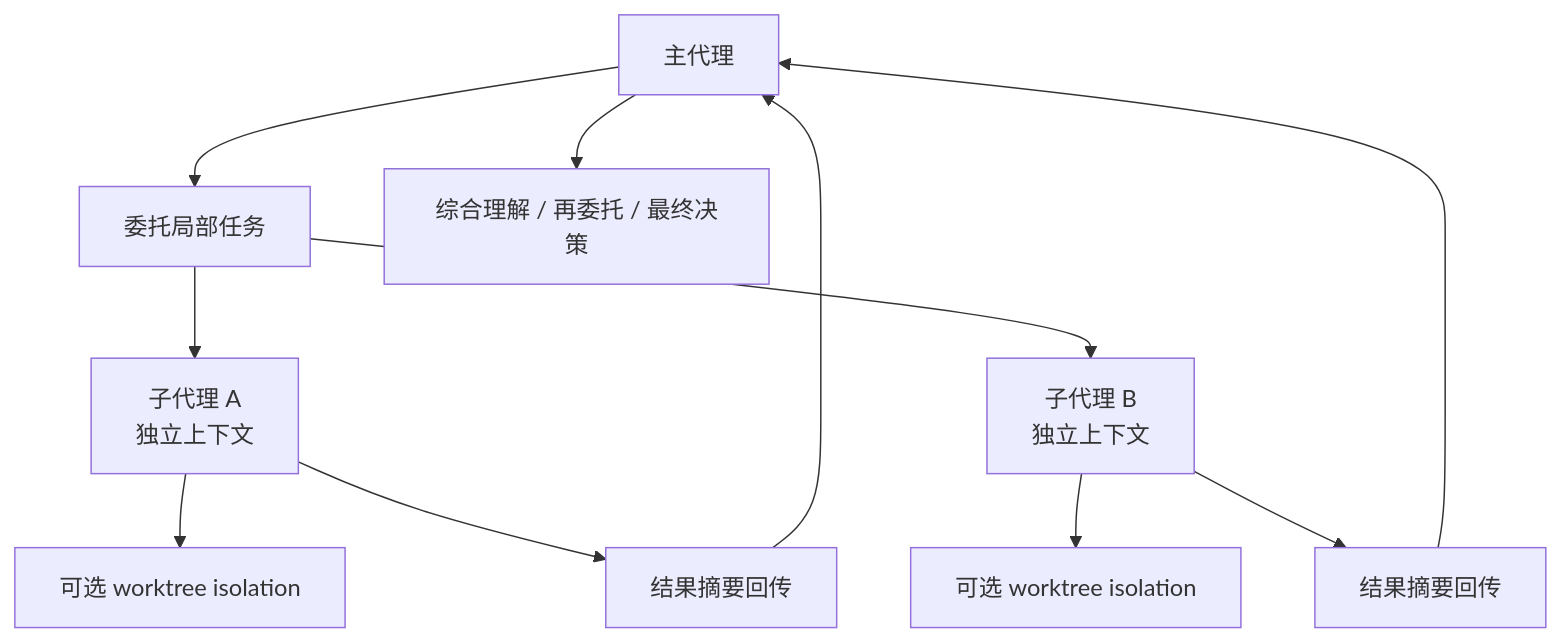
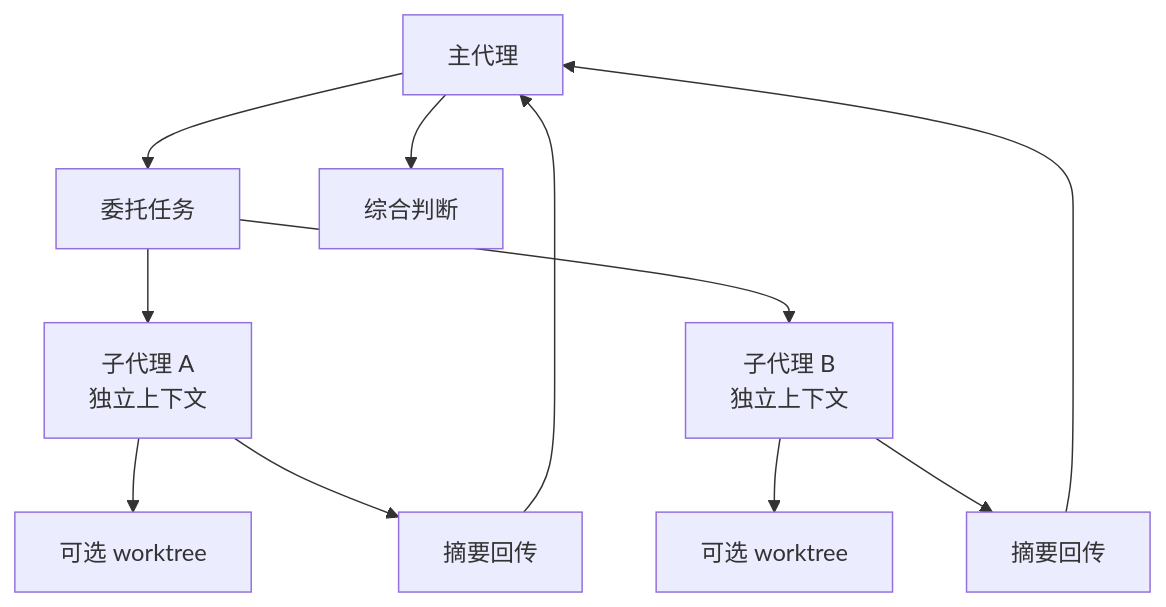
The diagram in claude-code-architecture/26-subagents-parallel-exploration-and-isolation.md (betaHi/betaHi.github.io), drawn with Mermaid before and after one commit. The commit also changed other lines of this file and 33 other files, not shown here.

Commit message:
Polish Claude Code architecture book titles and navigation.

````diff
--- a/claude-code-architecture/26-subagents-parallel-exploration-and-isolation.md
+++ b/claude-code-architecture/26-subagents-parallel-exploration-and-isolation.md
@@ -49,13 +47,13 @@
 ```mermaid
 flowchart TD
-    M[主代理] --> D[委托局部任务]
+    M[主代理] --> D[委托任务]
     D --> S1[子代理 A<br/>独立上下文]
     D --> S2[子代理 B<br/>独立上下文]
-    S1 --> W1[可选 worktree isolation]
-    S2 --> W2[可选 worktree isolation]
-    S1 --> R1[结果摘要回传]
-    S2 --> R2[结果摘要回传]
+    S1 --> W1[可选 worktree]
+    S2 --> W2[可选 worktree]
+    S1 --> R1[摘要回传]
+    S2 --> R2[摘要回传]
     R1 --> M
     R2 --> M
-    M --> X[综合理解 / 再委托 / 最终决策]
+    M --> X[综合判断]
 ```
````
